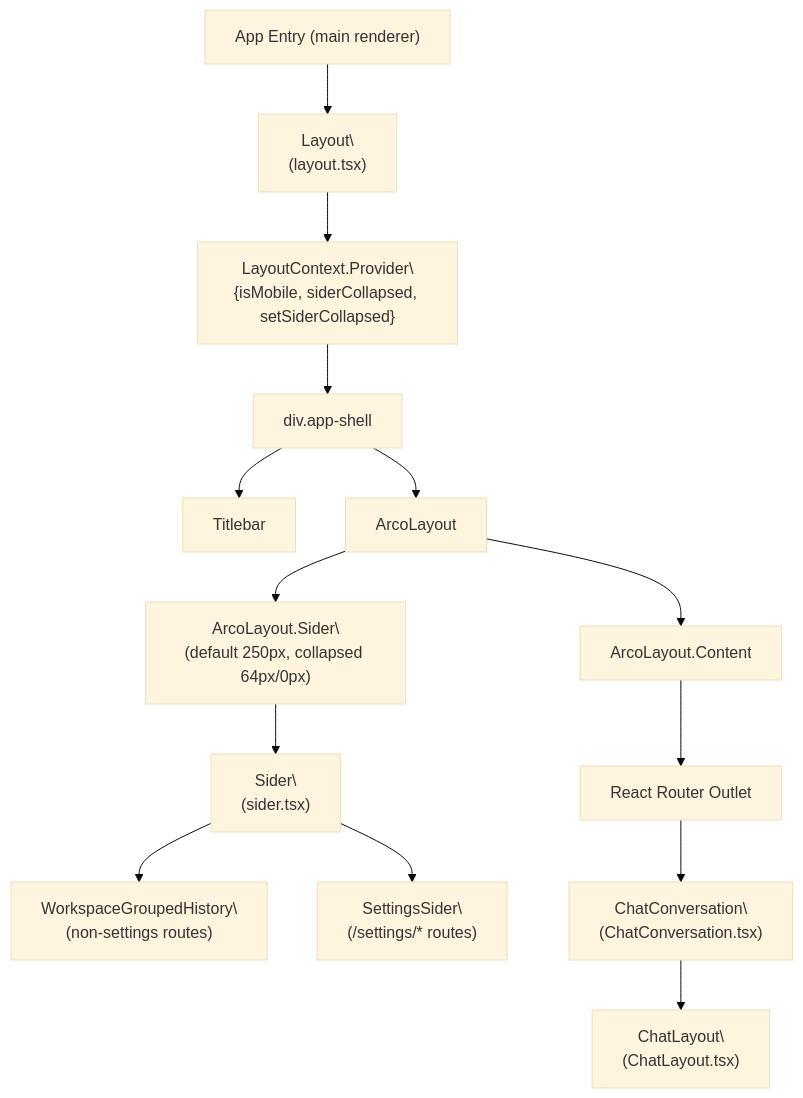
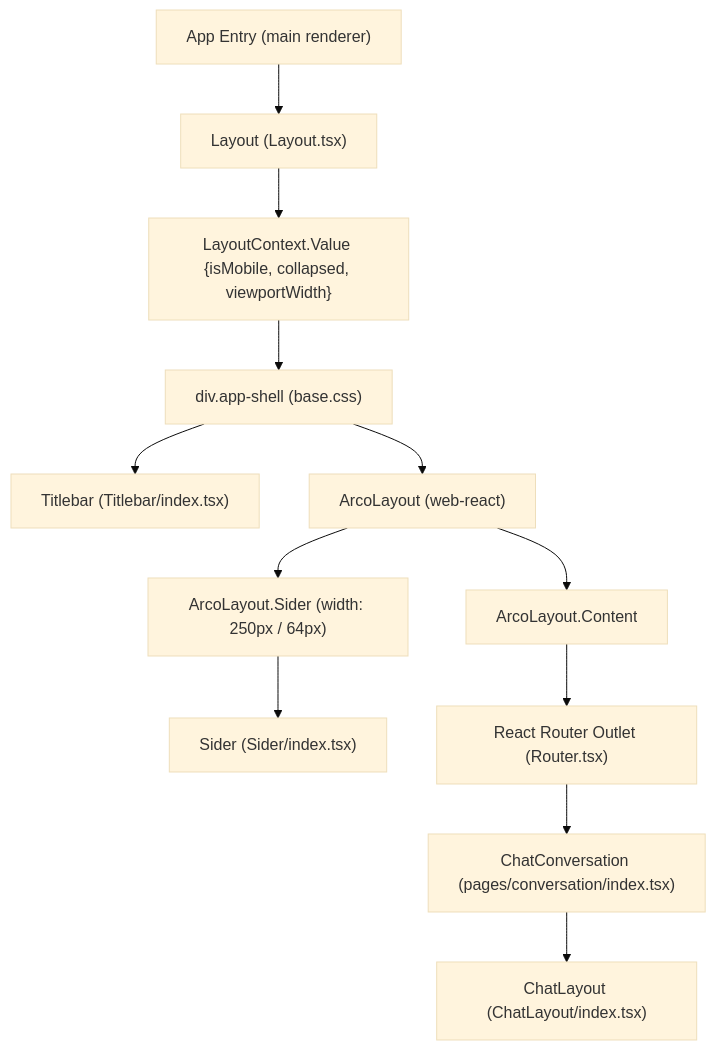
The first of 3 diagrams in docs/iOfficeAI_AionUi/user-interface/layout-system.md (blackcater/zentree), drawn with Mermaid (base theme) before and after one commit. The commit also changed other lines of this file and 232 other files, not shown here.

````diff
--- a/docs/iOfficeAI_AionUi/user-interface/layout-system.md
+++ b/docs/iOfficeAI_AionUi/user-interface/layout-system.md
@@ -36,24 +57,14 @@
 ```mermaid
 graph TD
-    AppEntry["App Entry (main renderer)"] --> Layout["Layout\
-(layout.tsx)"]
-    Layout --> LayoutCtx["LayoutContext.Provider\
-{isMobile, siderCollapsed, setSiderCollapsed}"]
-    LayoutCtx --> AppShell["div.app-shell"]
-    AppShell --> Titlebar["Titlebar"]
-    AppShell --> ArcoLayout["ArcoLayout"]
-    ArcoLayout --> ArcoSider["ArcoLayout.Sider\
-(default 250px, collapsed 64px/0px)"]
+    AppEntry["App Entry (main renderer)"] --> Layout["Layout (Layout.tsx)"]
+    Layout --> LayoutCtx["LayoutContext.Value {isMobile, collapsed, viewportWidth}"]
+    LayoutCtx --> AppShell["div.app-shell (base.css)"]
+    AppShell --> Titlebar["Titlebar (Titlebar/index.tsx)"]
+    AppShell --> ArcoLayout["ArcoLayout (web-react)"]
+    ArcoLayout --> ArcoSider["ArcoLayout.Sider (width: 250px / 64px)"]
     ArcoLayout --> ArcoContent["ArcoLayout.Content"]
-    ArcoSider --> SiderComp["Sider\
-(sider.tsx)"]
-    SiderComp --> WorkspaceGroupedHistory["WorkspaceGroupedHistory\
-(non-settings routes)"]
-    SiderComp --> SettingsSider["SettingsSider\
-(/settings/* routes)"]
-    ArcoContent --> RouterOutlet["React Router Outlet"]
-    RouterOutlet --> ChatConversation["ChatConversation\
-(ChatConversation.tsx)"]
-    ChatConversation --> ChatLayout["ChatLayout\
-(ChatLayout.tsx)"]
+    ArcoSider --> SiderComp["Sider (Sider/index.tsx)"]
+    ArcoContent --> RouterOutlet["React Router Outlet (Router.tsx)"]
+    RouterOutlet --> ChatConversation["ChatConversation (pages/conversation/index.tsx)"]
+    ChatConversation --> ChatLayout["ChatLayout (ChatLayout/index.tsx)"]
 ```
````
